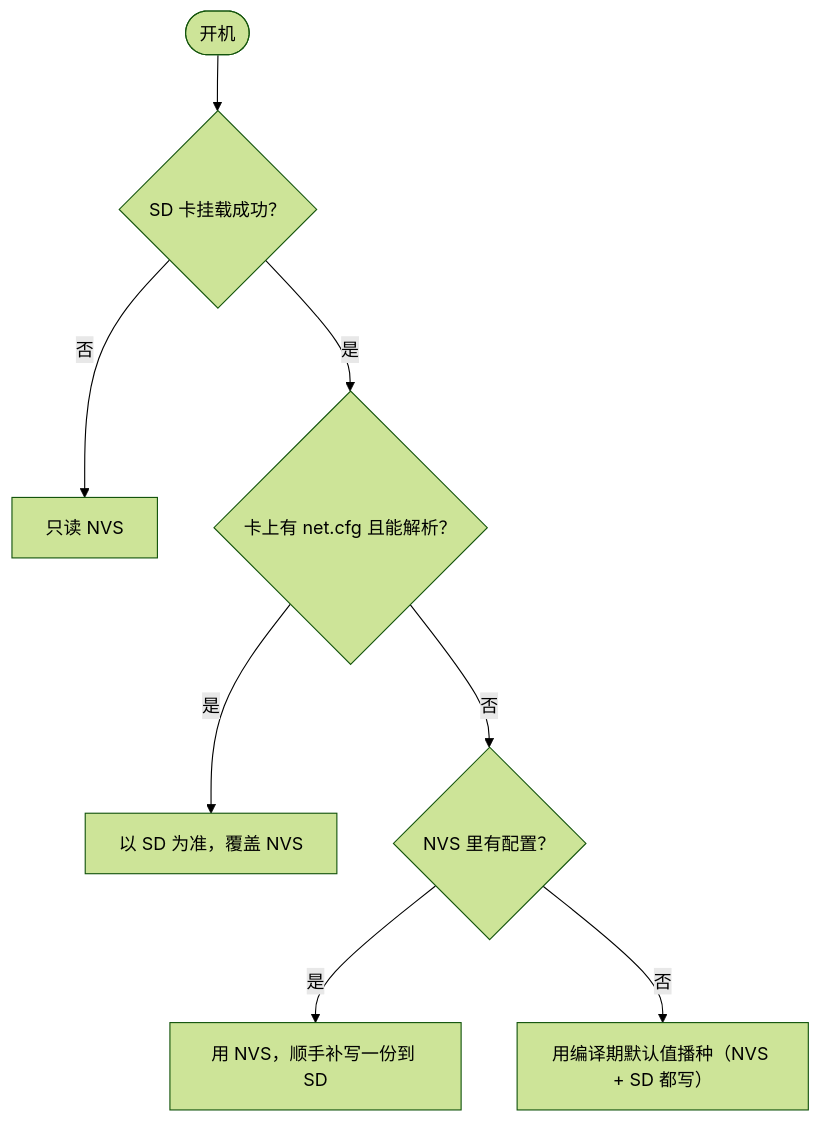
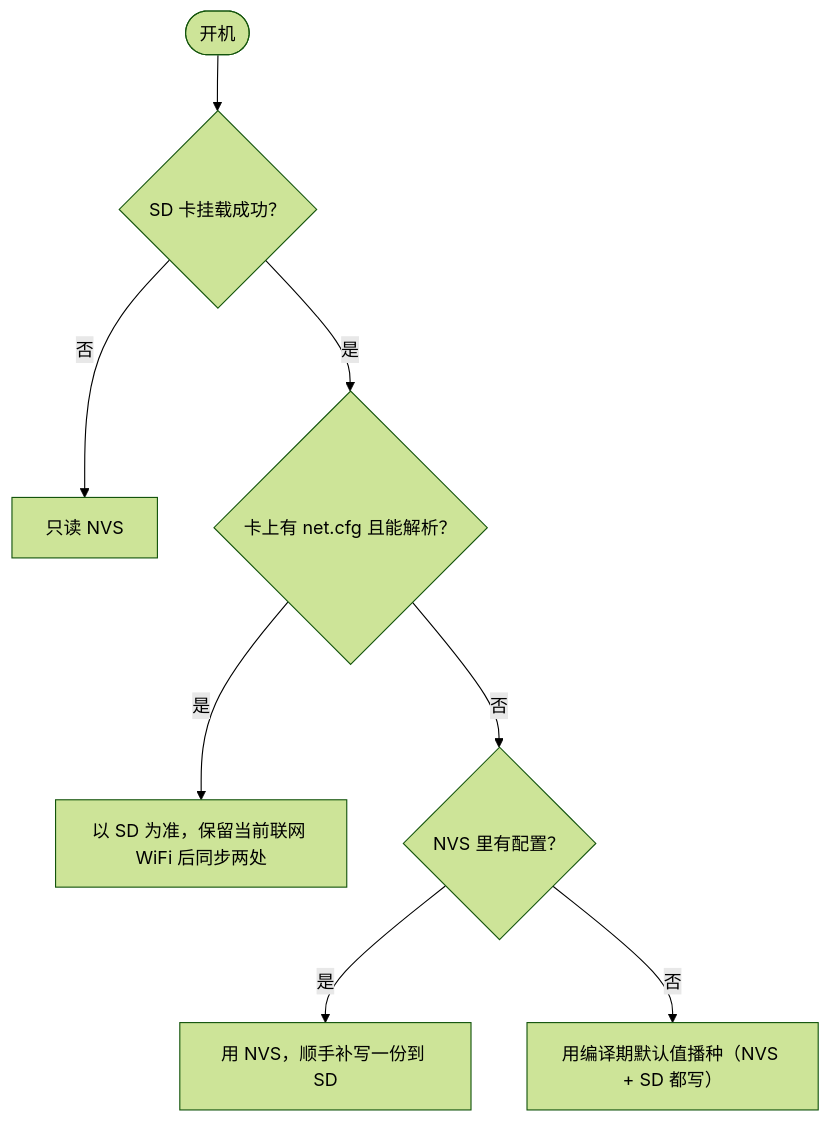
The second of 7 diagrams in README.md (Tommie-P-xl/esp32s3-netkeeper), drawn with Mermaid (forest theme) before and after one commit. The commit also changed other lines of this file and 12 other files, not shown here.

````diff
--- a/README.md
+++ b/README.md
@@ -208,10 +215,10 @@
 ```mermaid
 flowchart TD
     B([开机]) --> Q1{"SD 卡挂载成功？"}
     Q1 -- 否 --> N1["只读 NVS"]
     Q1 -- 是 --> Q2{"卡上有 net.cfg 且能解析？"}
-    Q2 -- 是 --> S1["以 SD 为准，覆盖 NVS"]
+    Q2 -- 是 --> S1["以 SD 为准，保留当前联网 WiFi 后同步两处"]
     Q2 -- 否 --> Q3{"NVS 里有配置？"}
     Q3 -- 是 --> N2["用 NVS，顺手补写一份到 SD"]
     Q3 -- 否 --> D1["用编译期默认值播种（NVS + SD 都写）"]
 ```
````
